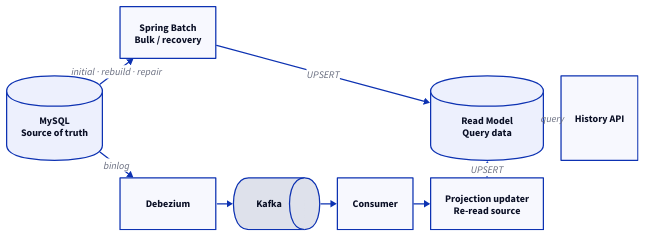
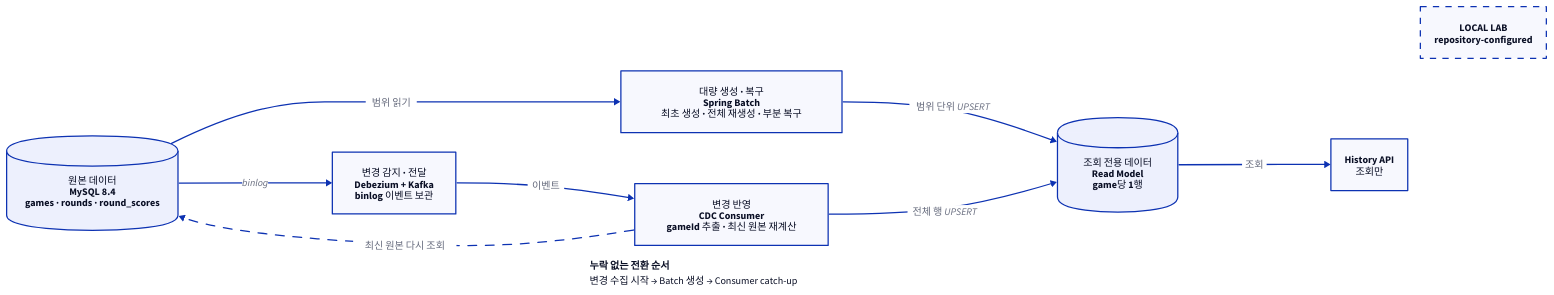
Before and after one commit to winkrj/game-history-lab: the diagram in docs/diagrams/read-model-operations.d2, drawn with D2. The commit also changed 1 other file, not shown here.

Commit message:
docs: clarify read model update architecture

```diff
--- a/docs/diagrams/read-model-operations.d2
+++ b/docs/diagrams/read-model-operations.d2
@@ -1,58 +1,48 @@
-# Render with:
-# d2 --theme=4 --pad=32 \
-#   docs/diagrams/read-model-operations.d2 \
-#   docs/diagrams/read-model-operations.svg
+# Editable semantic source for read-model-operations.svg
+# The checked-in SVG is hand-tuned for README width in an Excalidraw-style layout.
+# Render a structural preview with:
+# d2 --layout=elk --theme=4 --sketch --pad=48 \
+#   docs/diagrams/read-model-operations.d2 /tmp/read-model-operations-preview.svg
 
-grid-rows: 3
-grid-columns: 6
-grid-gap: 28
+direction: right
 
-classes: {
-  spacer: {
-    label: ""
-    width: 120
-    height: 60
-    style.opacity: 0
-  }
+source: 원본 데이터\nMySQL 8.4\ngames · rounds · round_scores {
+  shape: cylinder
 }
 
-# Bulk / recovery lane
-spacer_1.class: spacer
-batch: Spring Batch\nBulk / recovery
-spacer_2.class: spacer
-spacer_3.class: spacer
-spacer_4.class: spacer
-spacer_5.class: spacer
+batch: 대량 생성 · 복구\nSpring Batch\n최초 생성 · 전체 재생성 · 부분 복구
 
-# Shared endpoints
-source: MySQL\nSource of truth {
+change: 변경 감지 · 전달\nDebezium + Kafka\nbinlog 이벤트 보관
+
+apply: 변경 반영\nCDC Consumer\ngameId 추출 · 최신 원본 재계산
+
+read_model: 조회 전용 데이터\nRead Model\ngame당 1행 {
   shape: cylinder
 }
-spacer_6.class: spacer
-spacer_7.class: spacer
-spacer_8.class: spacer
-read_model: Read Model\nQuery data {
-  shape: cylinder
+
+api: History API\n조회만
+
+source -> batch: 범위 읽기
+batch -> read_model: 범위 단위 UPSERT
+
+source -> change: binlog
+change -> apply: 이벤트
+apply -> source: 최신 원본 다시 조회 {
+  style.stroke-dash: 7
 }
-api: History API
+apply -> read_model: 전체 행 UPSERT
 
-# Continuous update lane
-spacer_9.class: spacer
-debezium: Debezium
-kafka: Kafka {
-  shape: queue
+read_model -> api: 조회
+
+handoff: |md
+  **누락 없는 전환 순서**<br/>
+  변경 수집 시작 → Batch 생성 → Consumer catch-up
+| {
+  near: bottom-center
+  style.stroke-dash: 5
 }
-consumer: Consumer
-updater: Projection updater\nRe-read source
-spacer_10.class: spacer
 
-source -> batch: initial · rebuild · repair
-batch -> read_model: UPSERT
-
-source -> debezium: binlog
-debezium -> kafka
-kafka -> consumer
-consumer -> updater
-updater -> read_model: UPSERT
-
-read_model -> api: query
+lab: LOCAL LAB\nrepository-configured {
+  near: top-right
+  style.stroke-dash: 5
+}
```
